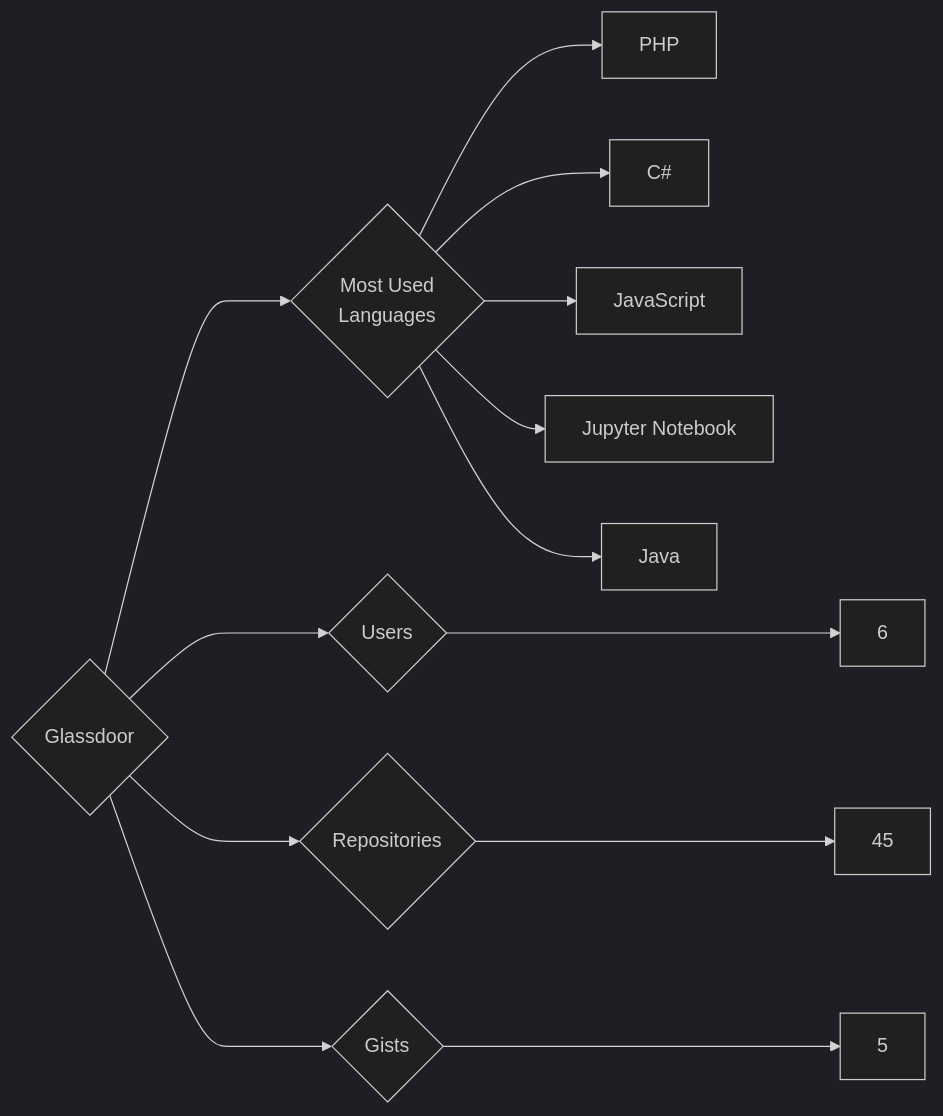
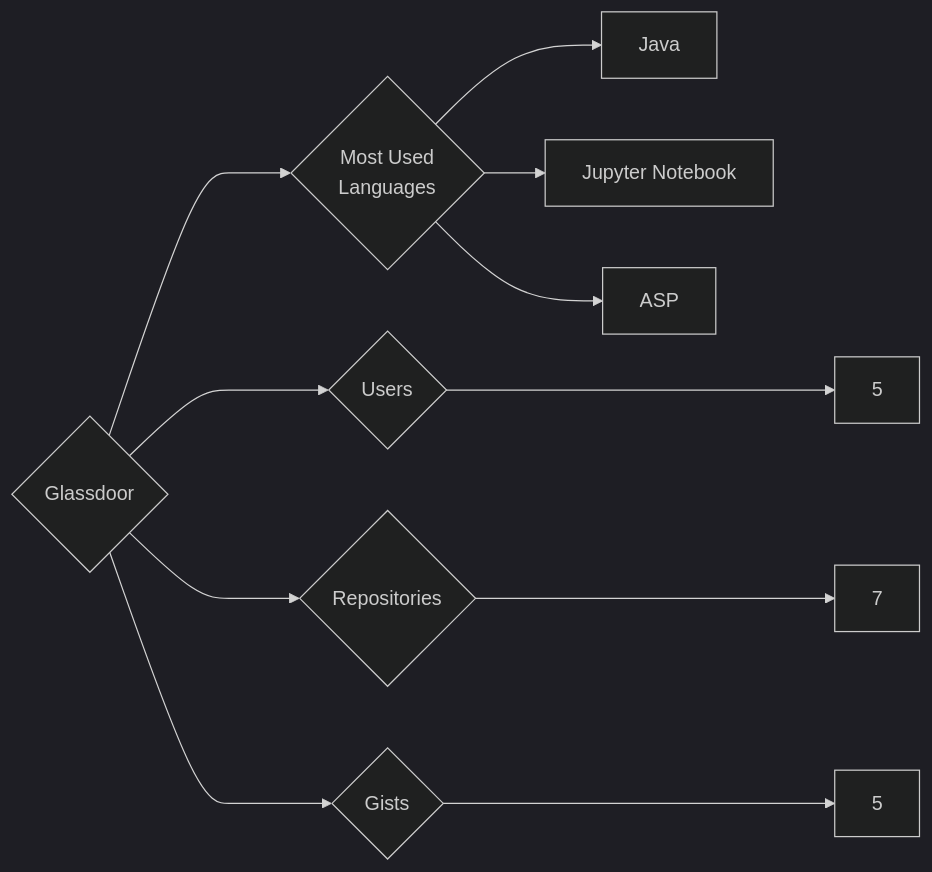
The diagram in targets/Glassdoor/README.md (trickest/insiders), drawn with Mermaid (dark theme) before and after one commit. The commit also changed 997 other files, not shown here.

````diff
--- a/targets/Glassdoor/README.md
+++ b/targets/Glassdoor/README.md
@@ -3,13 +3,11 @@
 ```mermaid
 graph LR
 COMPANY_NAME{Glassdoor}
-COMPANY_NAME ---> U{Users} ---> UN[6]
-COMPANY_NAME ---> R{Repositories} ---> RN[45]
+COMPANY_NAME ---> U{Users} ---> UN[5]
+COMPANY_NAME ---> R{Repositories} ---> RN[7]
 COMPANY_NAME ---> G{Gists} ---> GN[5]
 COMPANY_NAME ---> ML{Most Used<br>Languages}
-ML --> PHP[PHP]
-ML --> C#[C#]
-ML --> JavaScript[JavaScript]
+ML --> Java[Java]
 ML --> Jupyter_Notebook[Jupyter Notebook]
-ML --> Java[Java]
+ML --> ASP[ASP]
 ```
````
